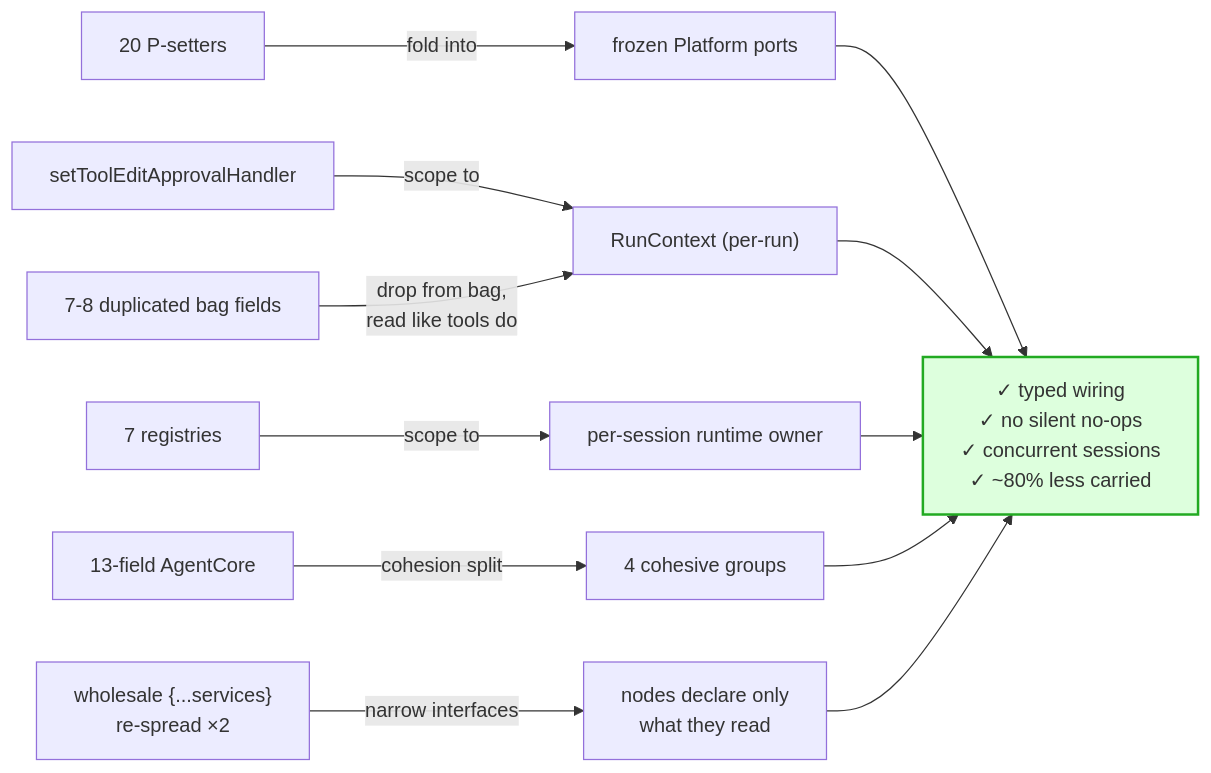
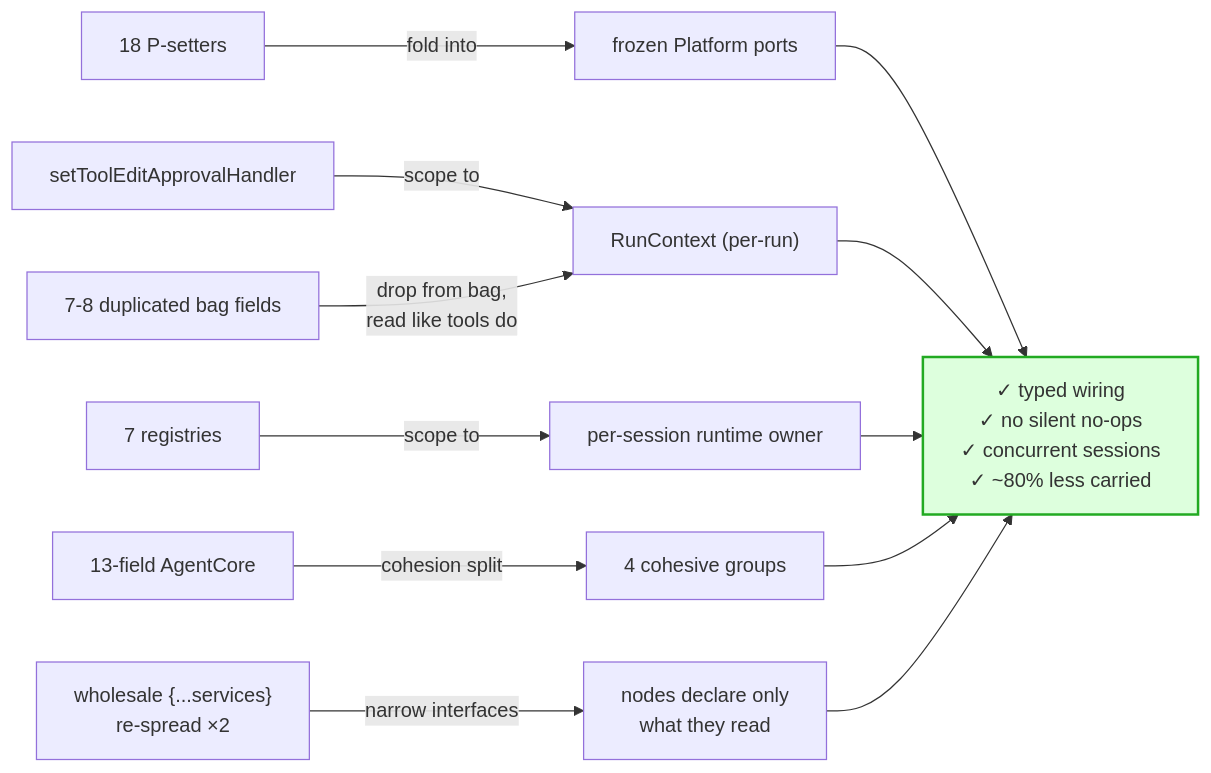
Before and after one commit to LionSR/TeXRA: the seventh of 7 diagrams in docs/proposals/dependency-injection-cleanup.md, drawn with Mermaid. The commit also changed other lines of this file and 14 other files, not shown here.

````diff
--- a/docs/proposals/dependency-injection-cleanup.md
+++ b/docs/proposals/dependency-injection-cleanup.md
@@ -291,17 +289,17 @@
 ```mermaid
 flowchart LR
-    P1["20 P-setters"] -->|fold into| PORTS["frozen Platform ports"]
+    P1["18 P-setters"] -->|fold into| PORTS["frozen Platform ports"]
     P2["setToolEditApprovalHandler"] -->|scope to| RUN["RunContext (per-run)"]
     P2B["7 registries"] -->|scope to| SESSION["per-session runtime owner"]
     P3["7-8 duplicated bag fields"] -->|drop from bag,\nread like tools do| RUN
     P4["13-field AgentCore"] -->|cohesion split| FOUR["4 cohesive groups"]
     P5["wholesale {...services}\nre-spread ×2"] -->|narrow interfaces| ISP["nodes declare only\nwhat they read"]
 
     PORTS --> WIN["✓ typed wiring\n✓ no silent no-ops\n✓ concurrent sessions\n✓ ~80% less carried"]
     RUN --> WIN
     SESSION --> WIN
     FOUR --> WIN
     ISP --> WIN
 
     style WIN fill:#dfd,stroke:#2a2,stroke-width:2px
 ```
````
